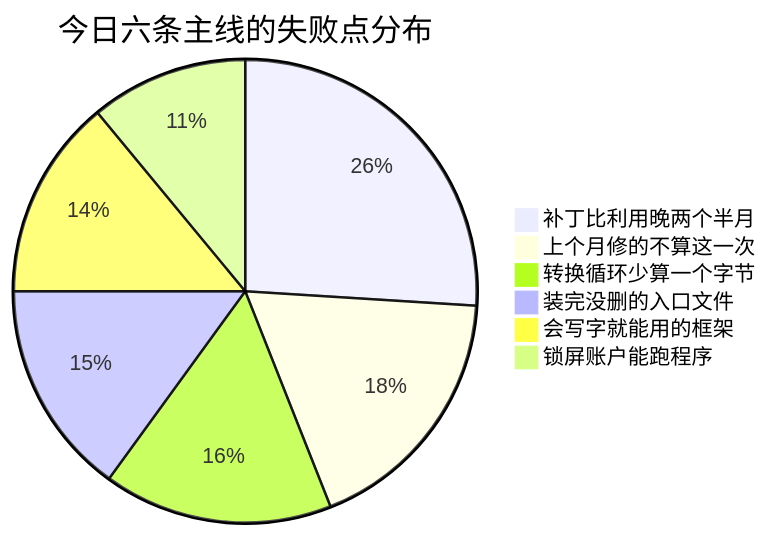
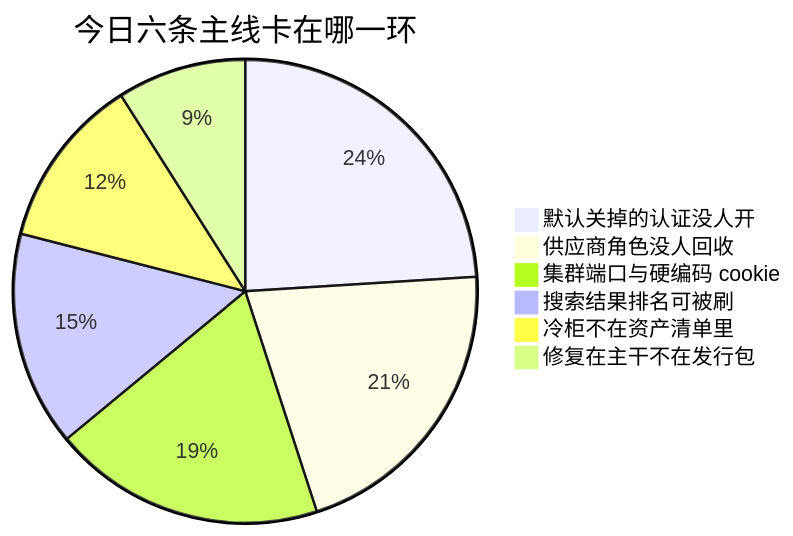
One commit to Unclecheng-li/cybersecurity-daily changed the sixth of 7 diagrams in 网安日报速递-2026年11月21日.md. Above: the diagram before and after it, drawn with Mermaid. The commit also changed other lines of this file and 2 other files, not shown here.

````diff
--- a/网安日报速递-2026年11月21日.md
+++ b/网安日报速递-2026年11月21日.md
@@ -241,9 +225,9 @@
 ```mermaid
-pie title 今日六条主线的失败点分布
-    "补丁比利用晚两个半月": 26
-    "上个月修的不算这一次": 18
-    "转换循环少算一个字节": 16
-    "装完没删的入口文件": 15
-    "会写字就能用的框架": 14
-    "锁屏账户能跑程序": 11
+pie title 今日六条主线卡在哪一环
+    "默认关掉的认证没人开": 24
+    "供应商角色没人回收": 21
+    "集群端口与硬编码 cookie": 19
+    "搜索结果排名可被刷": 15
+    "冷柜不在资产清单里": 12
+    "修复在主干不在发行包": 9
 ```
````
